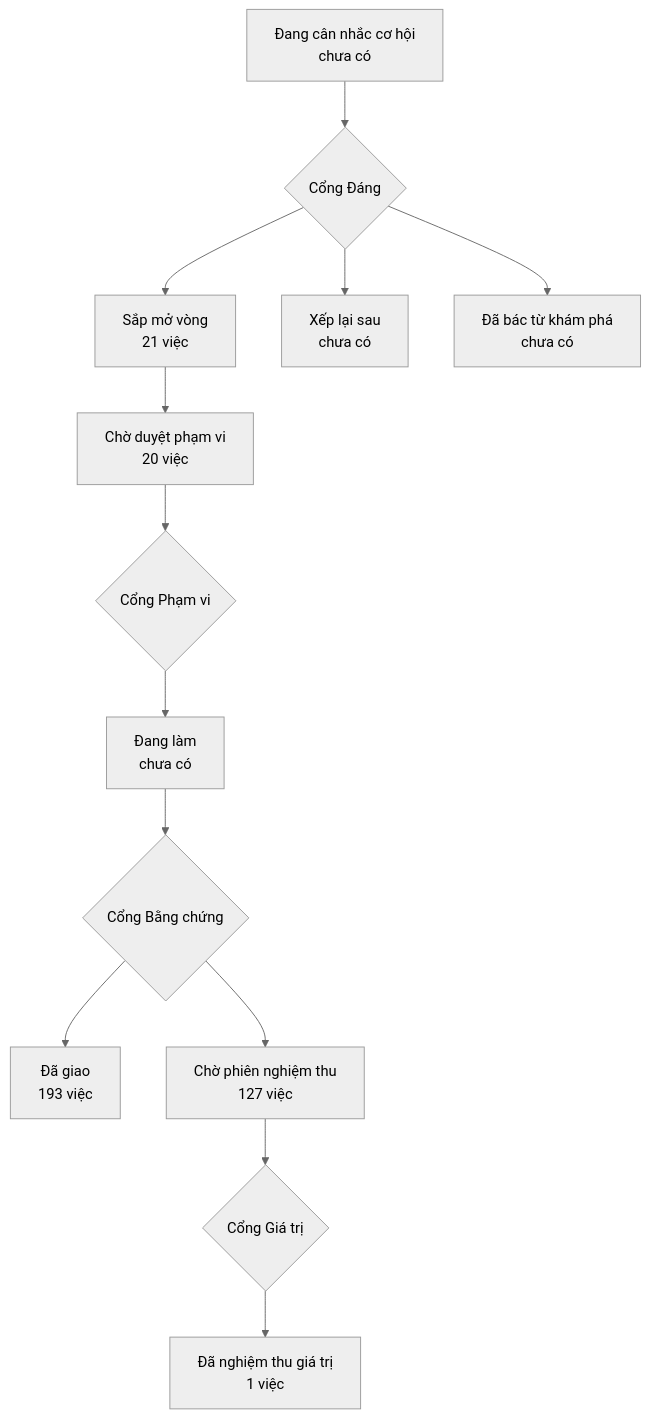
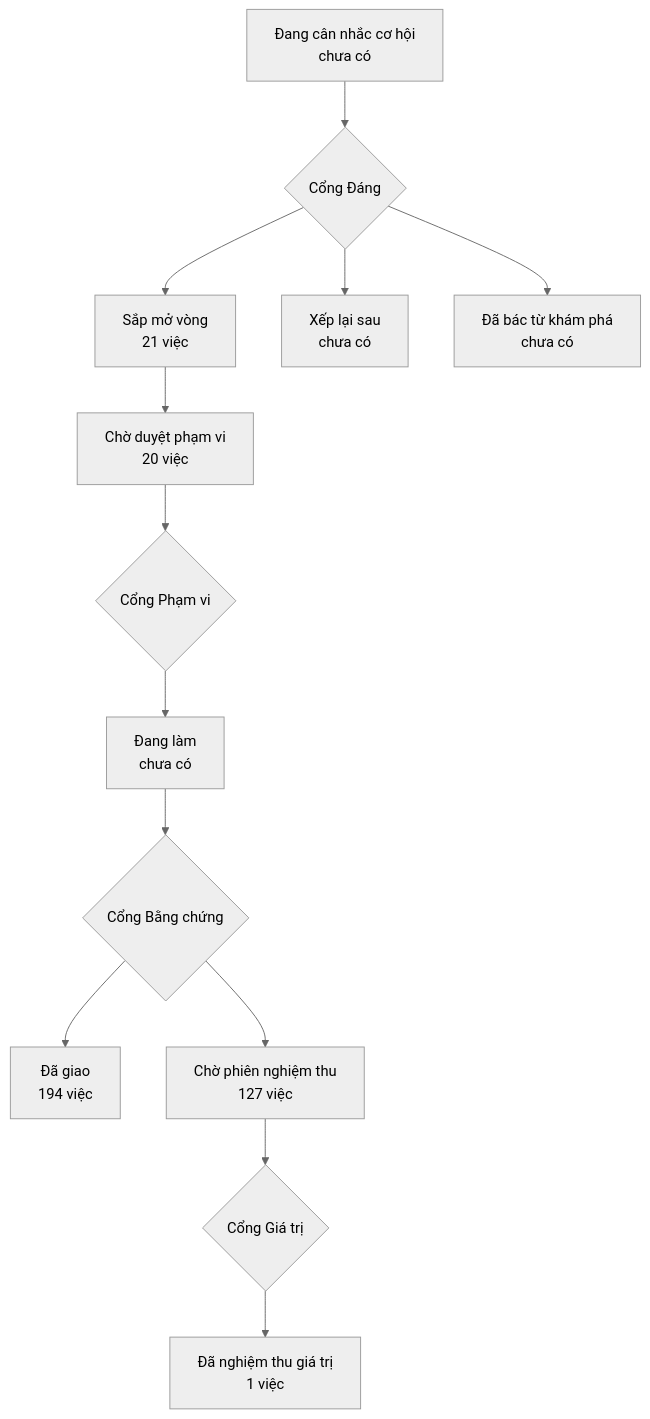
Before and after one commit to phanlemanh/onehub-invest: the diagram in PRODUCT-MAP.md, drawn with Mermaid (neutral theme). The commit also changed other lines of this file and 1 other file, not shown here.

Commit message:
chore(map): vẽ lại bản đồ, LO-TRINH sau khi nhận main a57563bb

````diff
--- a/PRODUCT-MAP.md
+++ b/PRODUCT-MAP.md
@@ -7,12 +7,12 @@
 ```mermaid
 flowchart TD
   A["Đang cân nhắc cơ hội<br/>chưa có"] --> GD{"Cổng Đáng"}
   GD --> B["Sắp mở vòng<br/>21 việc"]
   GD --> XL["Xếp lại sau<br/>chưa có"]
   GD --> DB["Đã bác từ khám phá<br/>chưa có"]
   B --> CD["Chờ duyệt phạm vi<br/>20 việc"] --> GP{"Cổng Phạm vi"}
   GP --> DL["Đang làm<br/>chưa có"] --> GB{"Cổng Bằng chứng"}
-  GB --> DG["Đã giao<br/>193 việc"]
+  GB --> DG["Đã giao<br/>194 việc"]
   GB --> CN["Chờ phiên nghiệm thu<br/>127 việc"] --> GG{"Cổng Giá trị"}
   GG --> NT["Đã nghiệm thu giá trị<br/>1 việc"]
 ```
````
